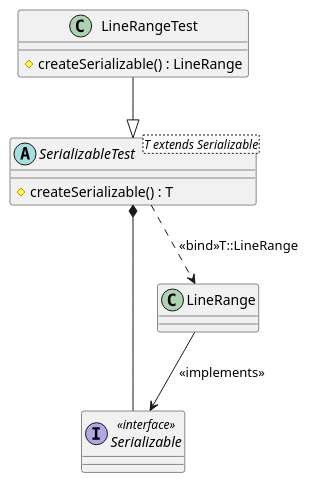
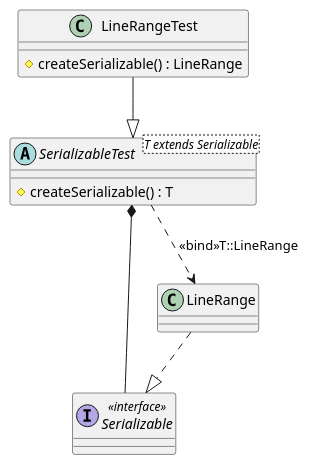
The diagram in doc/factory_pattern/FactoryPattern.puml (jenkinsci/analysis-model), drawn with PlantUML before and after one commit. The commit also changed 2 other files, not shown here.

```diff
--- a/doc/factory_pattern/FactoryPattern.puml
+++ b/doc/factory_pattern/FactoryPattern.puml
@@ -1,19 +1,19 @@
 @startuml
 class LineRangeTest {
 # createSerializable() : LineRange
 }
 class LineRange
 interface Serializable <<interface>>
 
 LineRangeTest --|> SerializableTest
-LineRange --> Serializable : <<implements>>
+LineRange ..|> Serializable
 SerializableTest ..> LineRange : <<bind>>T::LineRange
 
 
 abstract class SerializableTest<T extends Serializable> {
 # createSerializable() : T
 }
 SerializableTest *- Serializable
 
 
 @enduml
```
